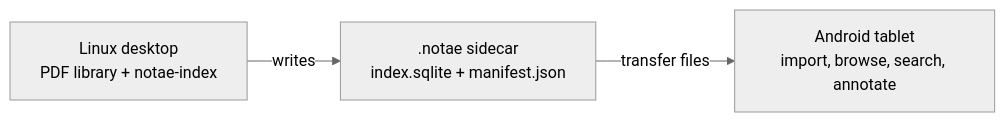
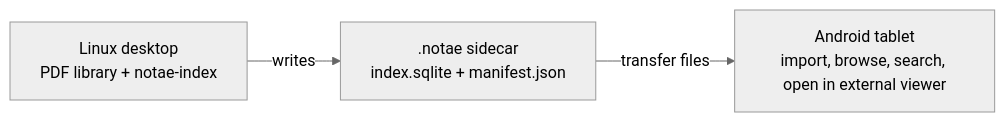
The diagram in README.md (eRgo35/notae), drawn with Mermaid (neutral theme) before and after one commit. The commit also changed other lines of this file, not shown here.

First line of the commit message:
docs(readme): clarify external PDF viewer

````diff
--- a/README.md
+++ b/README.md
@@ -27,5 +28,5 @@
 ```mermaid
 flowchart LR
     D["Linux desktop<br/>PDF library + notae-index"] -->|writes| S[".notae sidecar<br/>index.sqlite + manifest.json"]
-    S -->|transfer files| T["Android tablet<br/>import, browse, search, annotate"]
+    S -->|transfer files| T["Android tablet<br/>import, browse, search, open in external viewer"]
 ```
````
